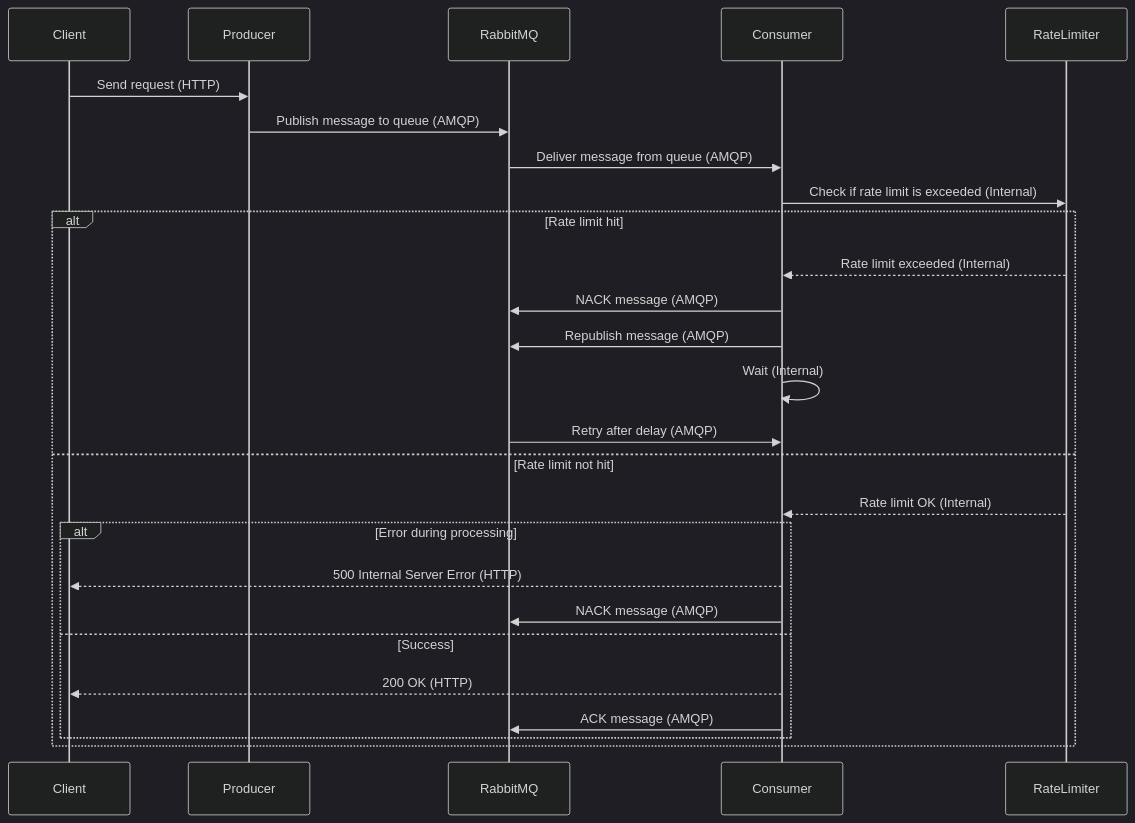
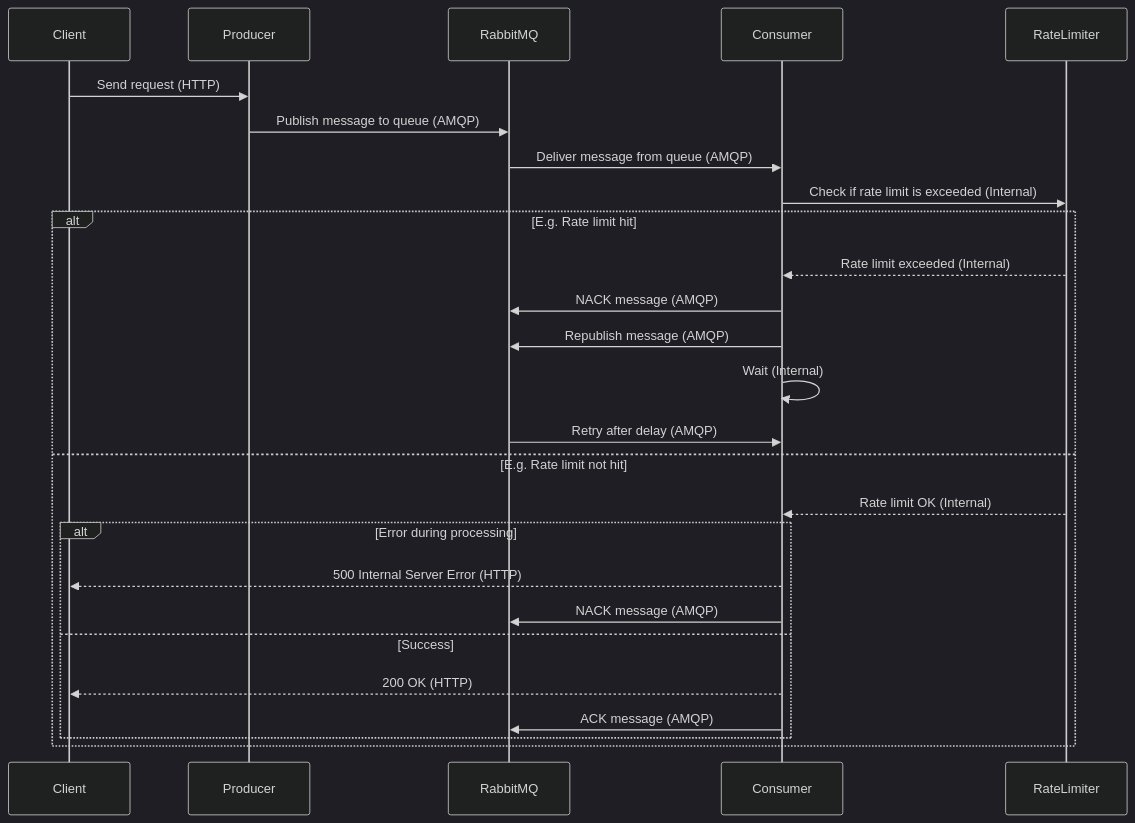
The diagram in README.md (ismaelpamplona/api-queue-manager), drawn with Mermaid (dark theme) before and after one commit. The commit also changed other lines of this file, not shown here.

````diff
--- a/README.md
+++ b/README.md
@@ -3,31 +5,29 @@
 ```mermaid
 sequenceDiagram
     participant Client
     participant Producer
     participant RabbitMQ
     participant Consumer
     participant RateLimiter
 
     Client->>Producer: Send request (HTTP)
     Producer->>RabbitMQ: Publish message to queue (AMQP)
     RabbitMQ->>Consumer: Deliver message from queue (AMQP)
     Consumer->>RateLimiter: Check if rate limit is exceeded (Internal)
-    alt Rate limit hit
+    alt E.g. Rate limit hit
         RateLimiter-->>Consumer: Rate limit exceeded (Internal)
         Consumer->>RabbitMQ: NACK message (AMQP)
         Consumer->>RabbitMQ: Republish message (AMQP)
         Consumer->>Consumer: Wait (Internal)
         RabbitMQ->>Consumer: Retry after delay (AMQP)
-    else Rate limit not hit
+    else E.g. Rate limit not hit
         RateLimiter-->>Consumer: Rate limit OK (Internal)
         alt Error during processing
             Consumer-->>Client: 500 Internal Server Error (HTTP)
             Consumer->>RabbitMQ: NACK message (AMQP)
         else Success
             Consumer-->>Client: 200 OK (HTTP)
             Consumer->>RabbitMQ: ACK message (AMQP)
         end
     end
-
-
 ```
````
